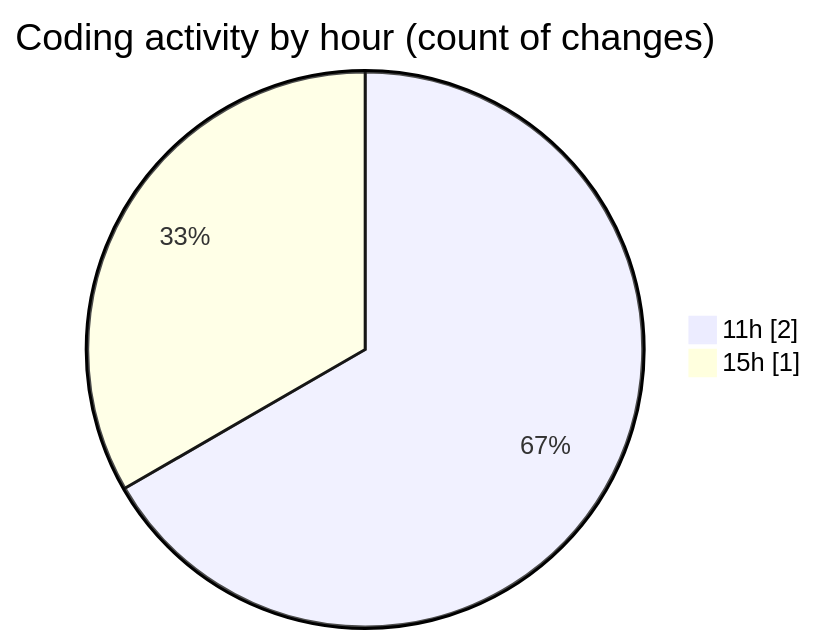
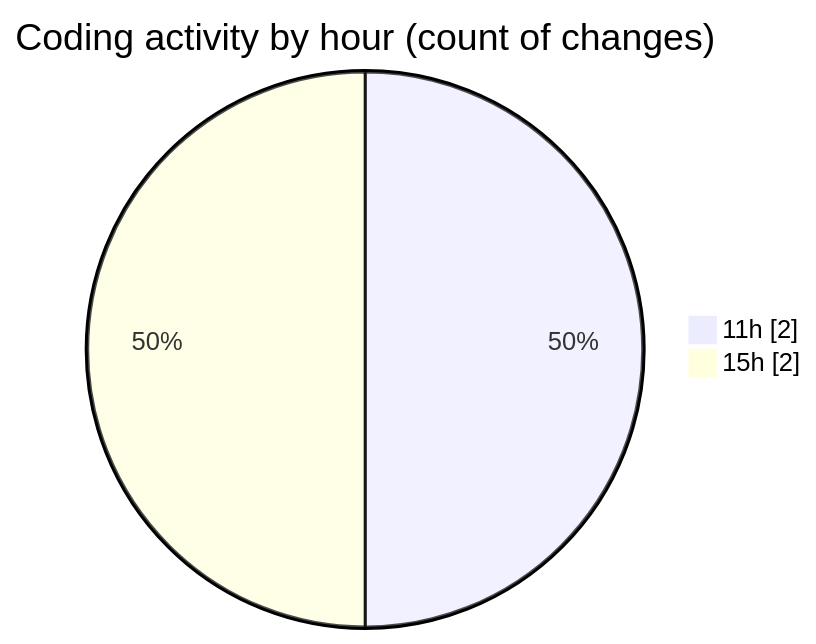
One commit to debugP/code-tracking changed the second of 2 diagrams in 2025-10-24/untitled__workspace_/README.md. Above: the diagram before and after it, drawn with Mermaid. The commit also changed other lines of this file and 1 other file, not shown here.

````diff
--- a/2025-10-24/untitled__workspace_/README.md
+++ b/2025-10-24/untitled__workspace_/README.md
@@ -30,6 +30,6 @@
 ```mermaid
 pie showData
 title Coding activity by hour (count of changes)
 "11h" : 2
-"15h" : 1
+"15h" : 2
 ```
````
